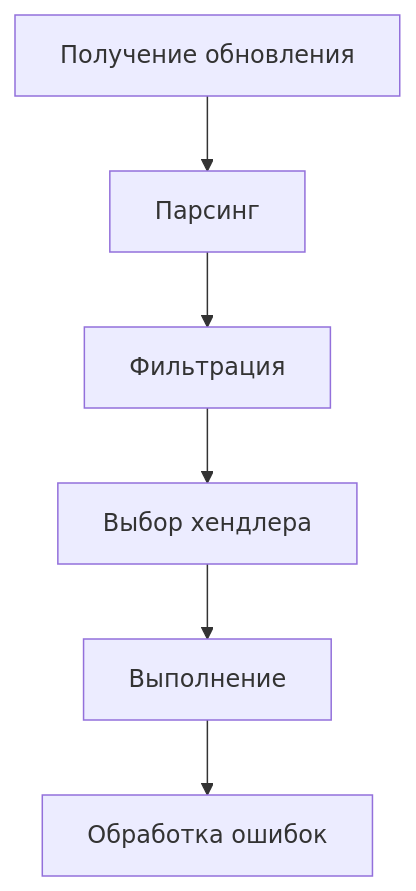
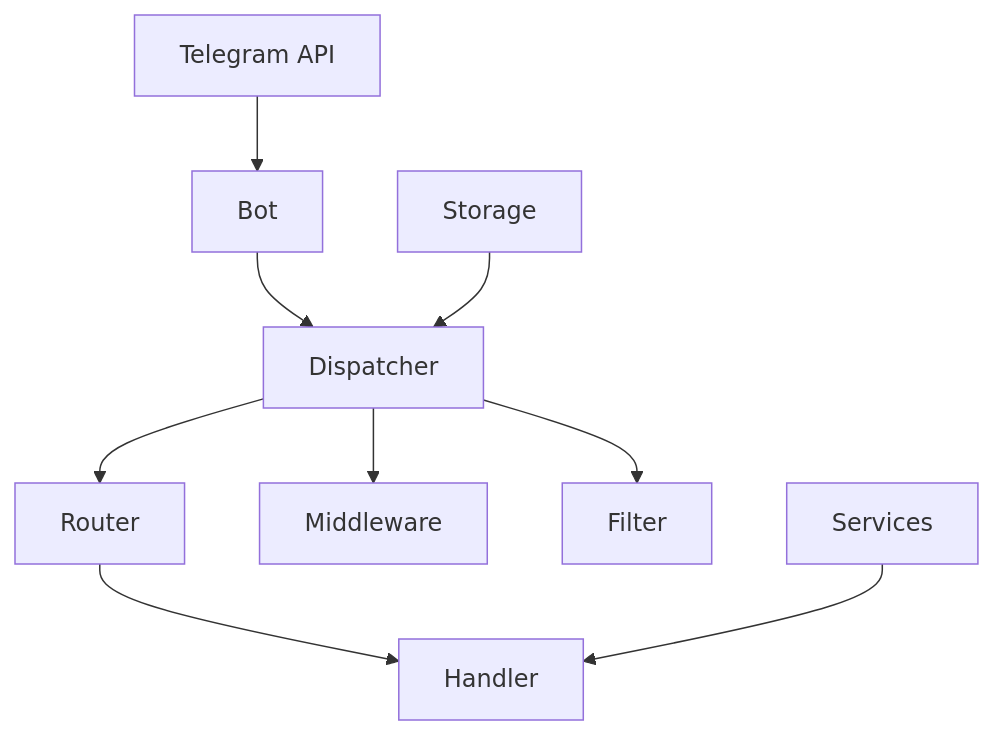
One commit to mikhail-mori/conspects changed the first of 2 diagrams in Programming/aiogram/03-Основы-aiogram.md. Above: the diagram before and after it, drawn with Mermaid. The commit also changed other lines of this file, not shown here.

````diff
--- a/Programming/aiogram/03-Основы-aiogram.md
+++ b/Programming/aiogram/03-Основы-aiogram.md
@@ -114,8 +115,11 @@
 ```mermaid
-graph TD
-    A[Получение обновления] --> B[Парсинг]
-    B --> C[Фильтрация]
-    C --> D[Выбор хендлера]
-    D --> E[Выполнение]
-    E --> F[Обработка ошибок]
+graph TB
+    A[Telegram API] --> B[Bot]
+    B --> C[Dispatcher]
+    C --> D[Router]
+    D --> E[Handler]
+    C --> F[Middleware]
+    C --> G[Filter]
+    H[Storage] --> C
+    I[Services] --> E
 ```
````
